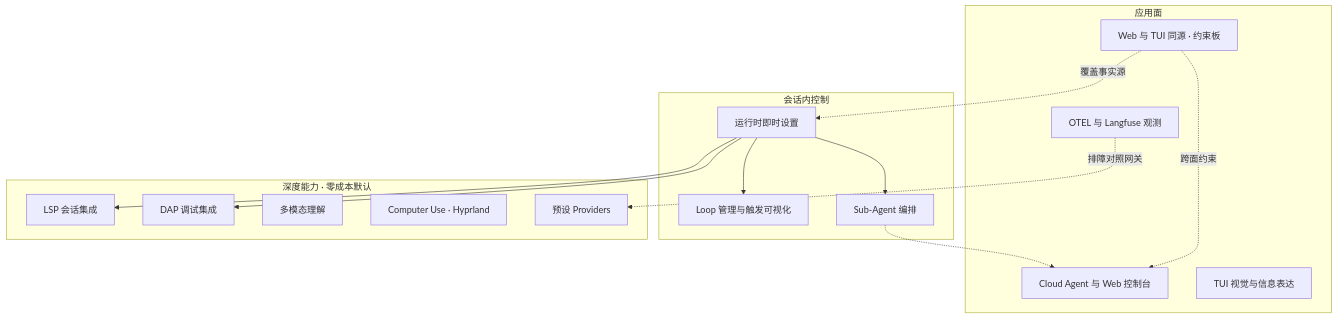
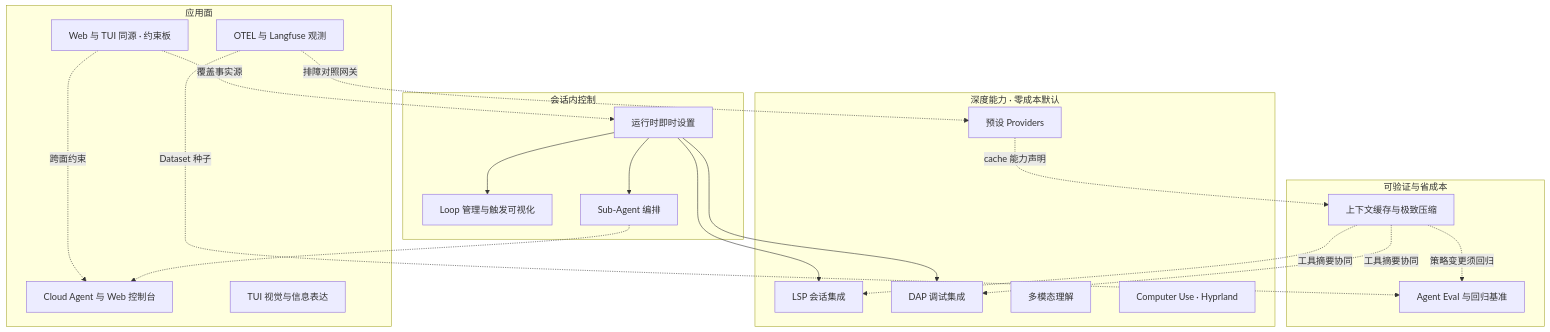
One commit to StrayDragon/xylitol changed the diagram in docs/roadmaps/README.md. Above: the diagram before and after it, drawn with Mermaid. The commit also changed other lines of this file and 15 other files, not shown here.

Commit message:
docs: update roadmaps & research

````diff
--- a/docs/roadmaps/README.md
+++ b/docs/roadmaps/README.md
@@ -28,32 +29,42 @@
 ```mermaid
 flowchart TB
   subgraph Surfaces["应用面"]
     Homo["Web 与 TUI 同源 · 约束板"]
     Web["Cloud Agent 与 Web 控制台"]
     Obs["OTEL 与 Langfuse 观测"]
     Visual["TUI 视觉与信息表达"]
   end
 
   subgraph SessionCtrl["会话内控制"]
     Live["运行时即时设置"]
     Loop["Loop 管理与触发可视化"]
     Sub["Sub-Agent 编排"]
   end
 
   subgraph Depth["深度能力 · 零成本默认"]
     Lsp["LSP 会话集成"]
     Dap["DAP 调试集成"]
     Multi["多模态理解"]
     Cu["Computer Use · Hyprland"]
     Prov["预设 Providers"]
   end
 
+  subgraph VerifyOpt["可验证与省成本"]
+    Eval["Agent Eval 与回归基准"]
+    Cache["上下文缓存与极致压缩"]
+  end
+
   Homo -.->|跨面约束| Web
   Homo -.->|覆盖事实源| Live
   Live --> Lsp
   Live --> Dap
   Live --> Sub
   Live --> Loop
   Obs -.->|排障对照网关| Prov
+  Obs -.->|Dataset 种子| Eval
   Sub -.-> Web
+  Cache -.->|策略变更须回归| Eval
+  Cache -.->|工具摘要协同| Lsp
+  Cache -.->|工具摘要协同| Dap
+  Prov -.->|cache 能力声明| Cache
 ```
````
